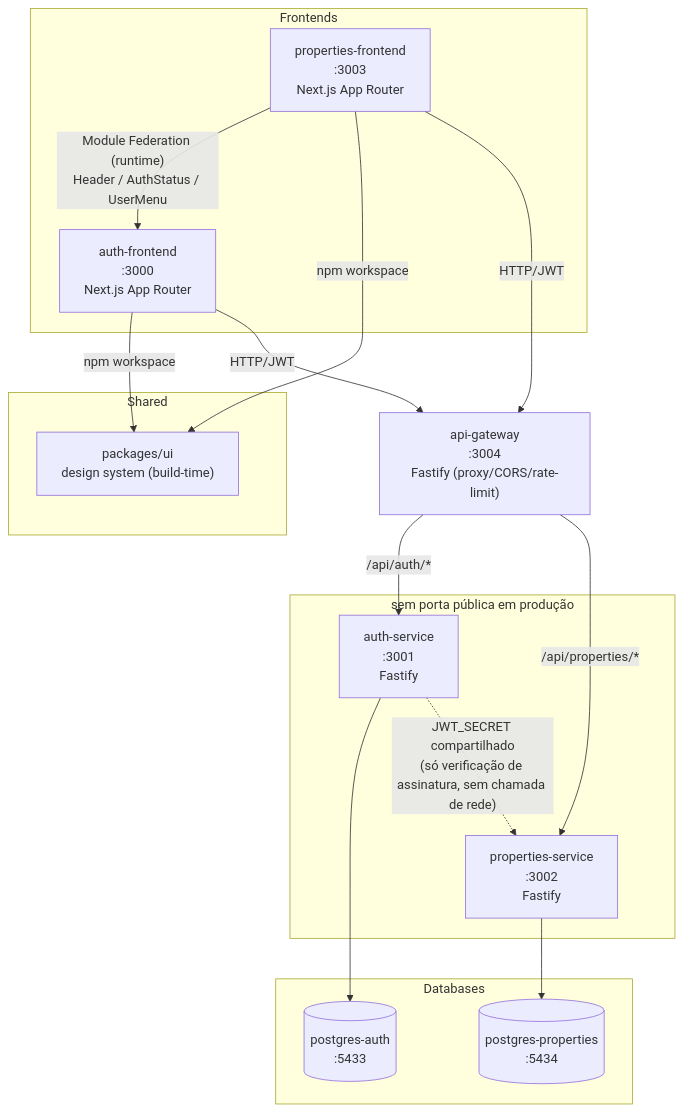
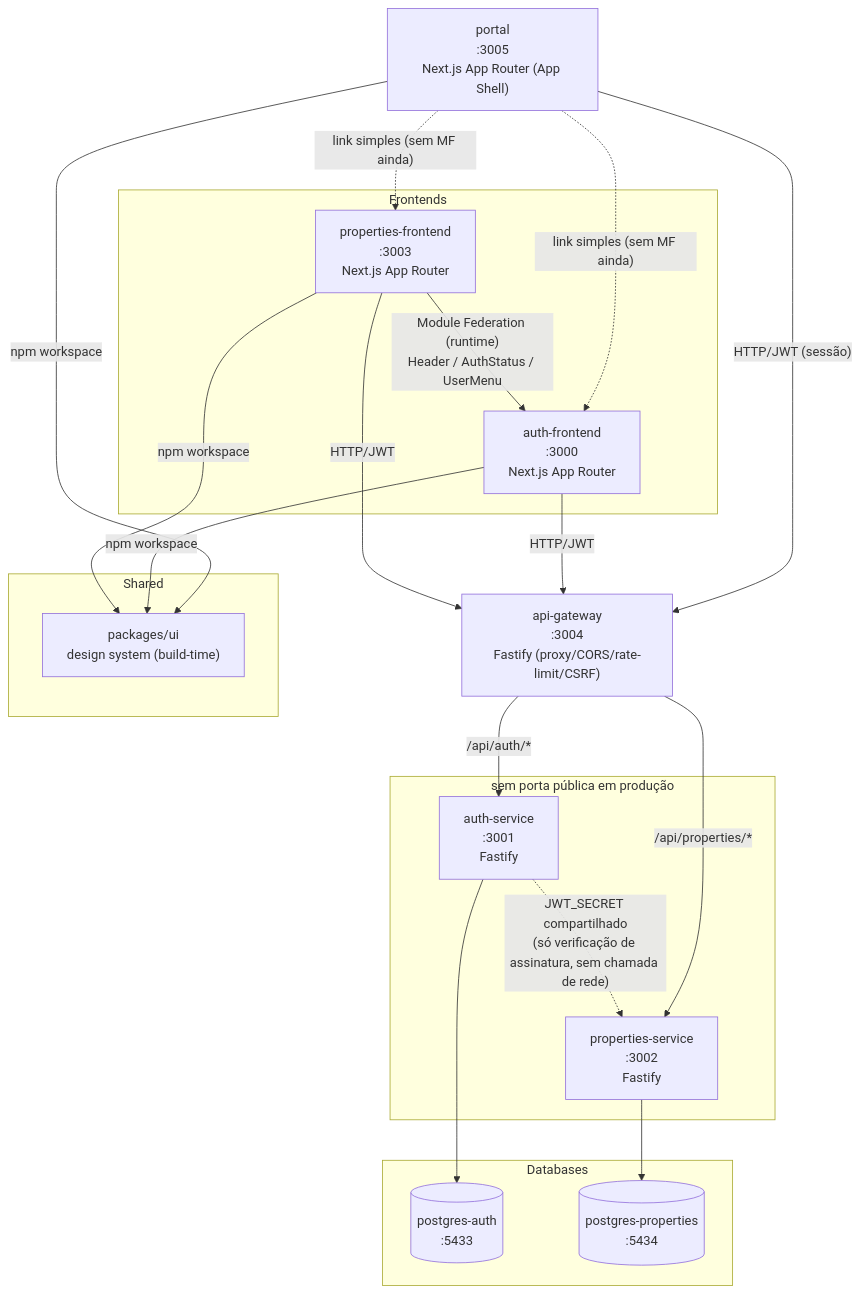
Before and after one commit to LucasLevingston/ImobCore: the diagram in README.md, drawn with Mermaid. The commit also changed other lines of this file and 107 other files, not shown here.

````diff
--- a/README.md
+++ b/README.md
@@ -9,37 +9,43 @@
 ```mermaid
 graph TB
+    PT["portal<br/>:3005<br/>Next.js App Router (App Shell)"]
+
     subgraph Frontends
         AF["auth-frontend<br/>:3000<br/>Next.js App Router"]
         PF["properties-frontend<br/>:3003<br/>Next.js App Router"]
     end
 
     subgraph Shared
         UI["packages/ui<br/>design system (build-time)"]
     end
 
-    GW["api-gateway<br/>:3004<br/>Fastify (proxy/CORS/rate-limit)"]
+    GW["api-gateway<br/>:3004<br/>Fastify (proxy/CORS/rate-limit/CSRF)"]
 
     subgraph Services["sem porta pública em produção"]
         AS["auth-service<br/>:3001<br/>Fastify"]
         PS["properties-service<br/>:3002<br/>Fastify"]
     end
 
     subgraph Databases
         DBA[("postgres-auth<br/>:5433")]
         DBP[("postgres-properties<br/>:5434")]
     end
 
+    PT -. "link simples (sem MF ainda)" .-> AF
+    PT -. "link simples (sem MF ainda)" .-> PF
     PF -- "Module Federation (runtime)<br/>Header / AuthStatus / UserMenu" --> AF
+    PT -- npm workspace --> UI
     AF -- npm workspace --> UI
     PF -- npm workspace --> UI
 
+    PT -- "HTTP/JWT (sessão)" --> GW
     AF -- "HTTP/JWT" --> GW
     PF -- "HTTP/JWT" --> GW
     GW -- "/api/auth/*" --> AS
     GW -- "/api/properties/*" --> PS
 
     AS --> DBA
     PS --> DBP
 
     AS -. "JWT_SECRET compartilhado<br/>(só verificação de assinatura, sem chamada de rede)" .-> PS
 ```
````
